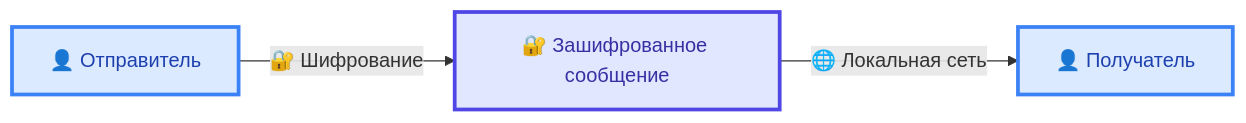
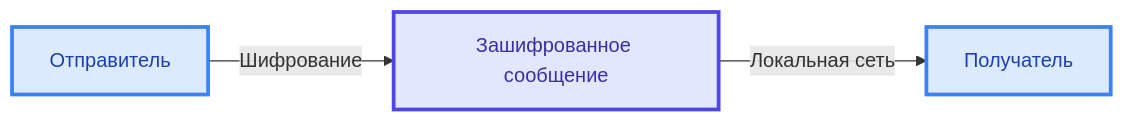
One commit to CasCadeVR/MIN changed the third of 3 diagrams in README.ru.md. Above: the diagram before and after it, drawn with Mermaid. The commit also changed other lines of this file and 1 other file, not shown here.

````diff
--- a/README.ru.md
+++ b/README.ru.md
@@ -216,13 +216,13 @@
 ```mermaid
 flowchart LR
     classDef sender fill:#dbeafe,stroke:#3b82f6,stroke-width:3px,color:#1e40af
     classDef encrypted fill:#e0e7ff,stroke:#4f46e5,stroke-width:3px,color:#3730a3
     classDef recipient fill:#dbeafe,stroke:#3b82f6,stroke-width:3px,color:#1e40af
     
-    A["👤 Отправитель"] -->|"🔐 Шифрование"| B["🔐 Зашифрованное сообщение"]
-    B -->|"🌐 Локальная сеть"| C["👤 Получатель"]
+    A["Отправитель"] -->|"Шифрование"| B["Зашифрованное сообщение"]
+    B -->|"Локальная сеть"| C["Получатель"]
     
     class A sender;
     class B encrypted;
     class C recipient
 ```
````
